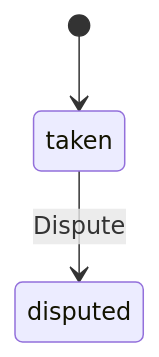
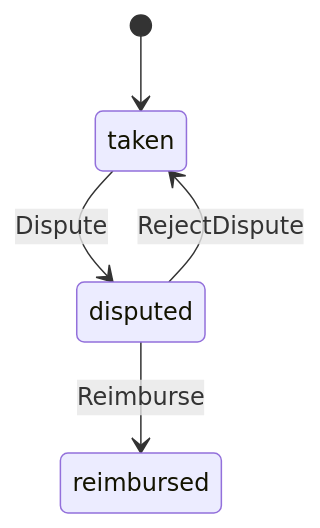
Before and after one commit to heckslabs/hecks: the diagram in docs/generated/diagrams/banking/Withdrawal_lifecycle.mmd, drawn with Mermaid. The commit also changed 8 other files, not shown here.

Commit message:
Regenerate the IR goldens and banking diagrams for the terminal marks and the new banking transitions

```diff
--- a/docs/generated/diagrams/banking/Withdrawal_lifecycle.mmd
+++ b/docs/generated/diagrams/banking/Withdrawal_lifecycle.mmd
@@ -1,5 +1,7 @@
 %% GENERATED by hecks project_diagrams from Withdrawal's own declared lifecycle (field: state) — DO NOT EDIT BY HAND.
 %% Re-run `hecks project_diagrams <domain-path> Banking` after any change.
 stateDiagram-v2
     [*] --> taken
     taken --> disputed: Dispute
+    disputed --> reimbursed: Reimburse
+    disputed --> taken: RejectDispute
```
